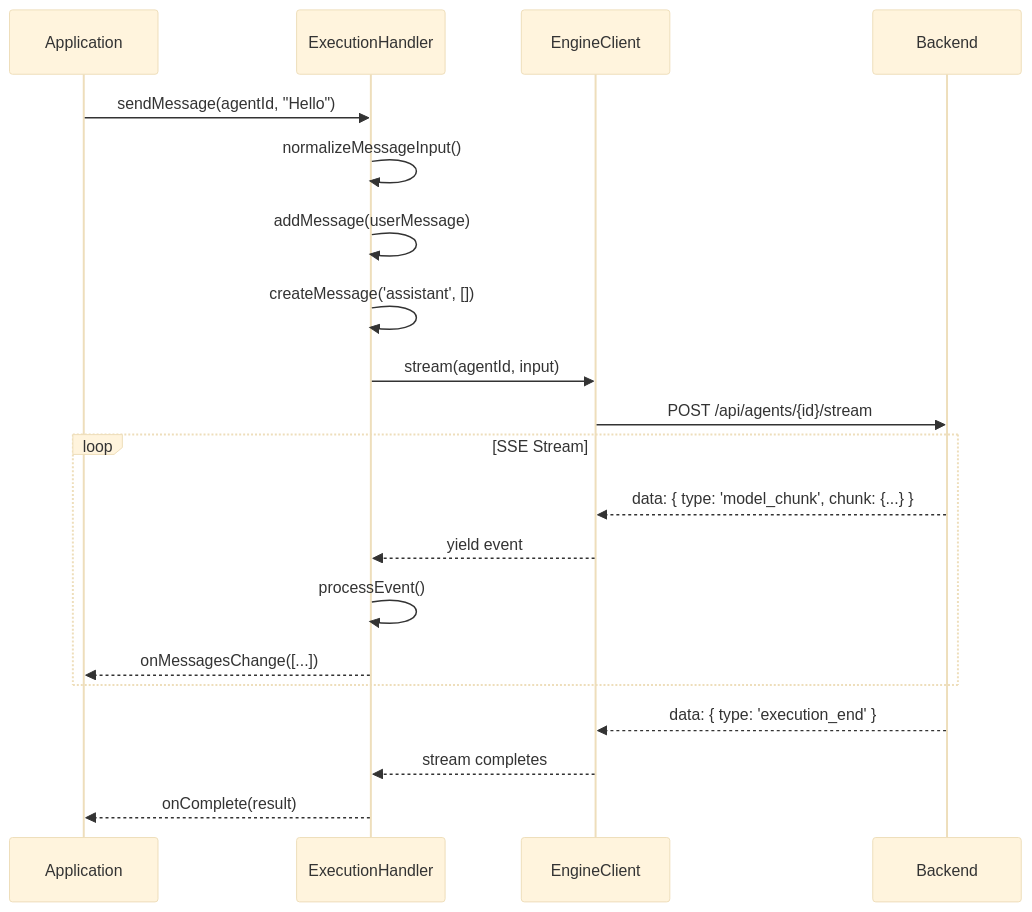
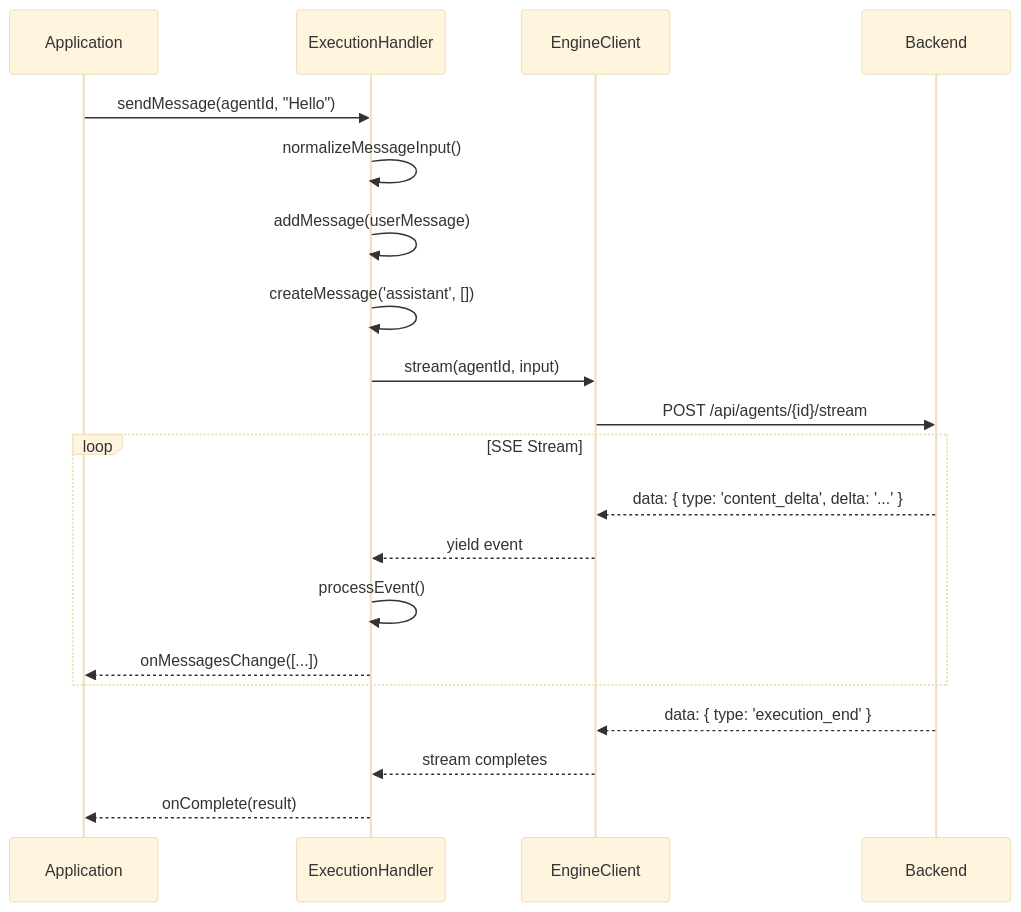
Before and after one commit to rlindgren/aidk: the first of 4 diagrams in packages/client/ARCHITECTURE.md, drawn with Mermaid (base theme). The commit also changed other lines of this file and 33 other files, not shown here.

````diff
--- a/packages/client/ARCHITECTURE.md
+++ b/packages/client/ARCHITECTURE.md
@@ -617,26 +618,26 @@
 ```mermaid
 sequenceDiagram
     participant App as Application
     participant EH as ExecutionHandler
     participant EC as EngineClient
     participant Server as Backend
 
     App->>EH: sendMessage(agentId, "Hello")
     EH->>EH: normalizeMessageInput()
     EH->>EH: addMessage(userMessage)
     EH->>EH: createMessage('assistant', [])
     EH->>EC: stream(agentId, input)
 
     EC->>Server: POST /api/agents/{id}/stream
 
     loop SSE Stream
-        Server-->>EC: data: { type: 'model_chunk', chunk: {...} }
+        Server-->>EC: data: { type: 'content_delta', delta: '...' }
         EC-->>EH: yield event
         EH->>EH: processEvent()
         EH-->>App: onMessagesChange([...])
     end
 
     Server-->>EC: data: { type: 'execution_end' }
     EC-->>EH: stream completes
     EH-->>App: onComplete(result)
 ```
````
